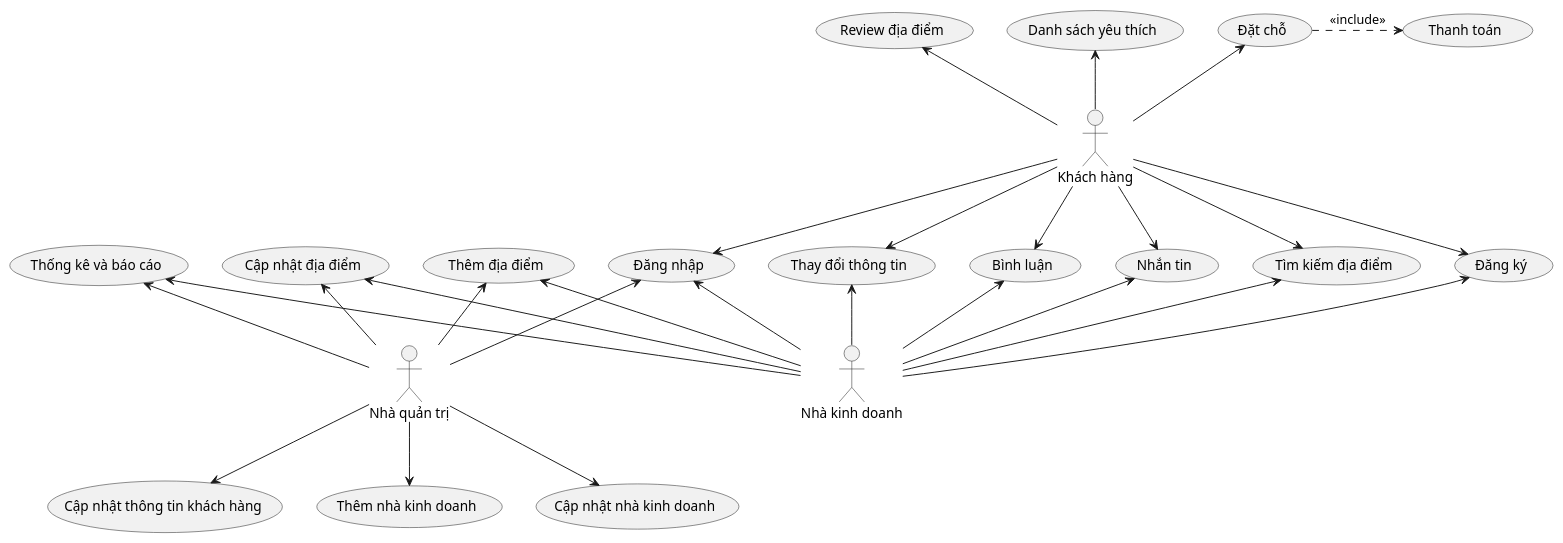
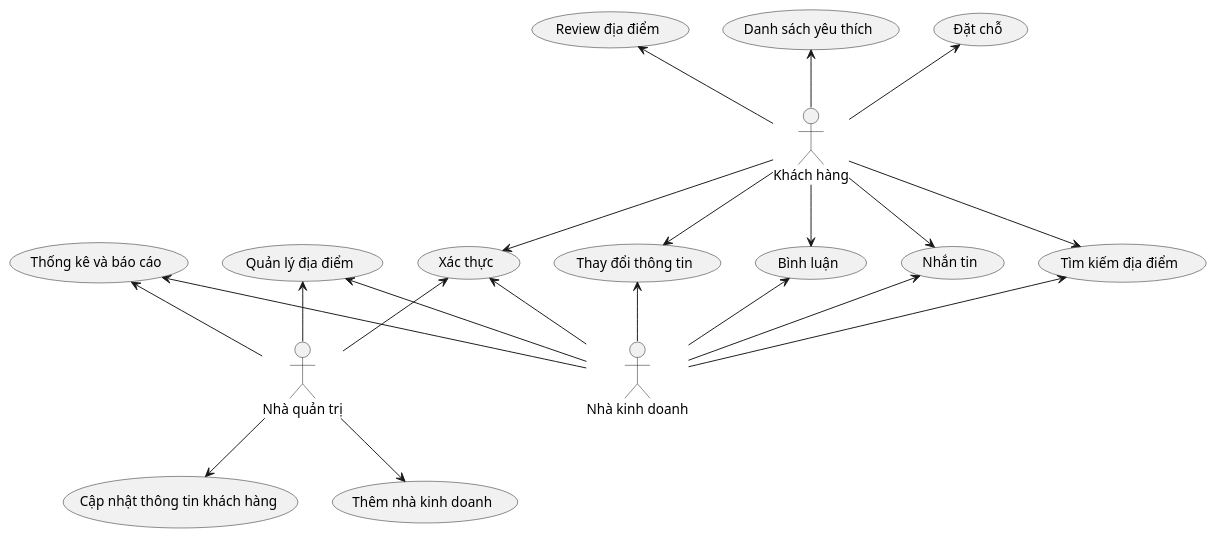
The diagram in system-diagram.plantuml (timothyagile/diagram-by-plantuml), drawn with PlantUML before and after one commit. The commit also changed 14 other files, not shown here.

```diff
--- a/system-diagram.plantuml
+++ b/system-diagram.plantuml
@@ -1,74 +1,58 @@
 @startuml
 
 '--Actor declare section--'
 actor :Khách hàng: as Customer
 actor :Nhà kinh doanh: as Business 
 actor :Nhà quản trị: as Admin
 
 '--Use case declare section--'
     'Genaral usecase'
     'Customer usecase'
         'base usecase'
-        (Đăng nhập) as DN 
-        (Đăng ký) as DK 
-        (Đặt chỗ) as DC
+        (Xác thực) as XT
         (Tìm kiếm địa điểm) as TKDD
         (Danh sách yêu thích) as DSYT
+        (Đặt chỗ) as DC
         (Nhắn tin) as NTin
         (Bình luận) as BLuan
         (Review địa điểm) as RV 
         (Thay đổi thông tin) as TDTT
-        'include usecase'
-        (Thanh toán) as TT
     'Business usecase'
         'base usecase'
-        (Đăng nhập) as DN 
-        (Đăng ký) as DK 
-        (Thêm địa điểm) as TDD
-        (Cập nhật địa điểm) as CNDD
+        (Quản lý địa điểm) as QLDD
         (Thống kê và báo cáo) as TKBC
         (Nhắn tin) as NTin
         (Bình luận) as BLuan
 
     'Admin use case'
         'base usecase'
-        (Đăng nhập) as DN
         (Cập nhật thông tin khách hàng) as CNKH
-        (Thêm địa điểm) as TDD
-        (Cập nhật địa điểm) as CNDD
-        (Thêm nhà kinh doanh) as TNKD
-        (Cập nhật nhà kinh doanh) as CNNKD
+        (Thêm nhà kinh doanh) as QLNKD
         (Thống kê và báo cáo) as TKBC
 
 '--Usecase section'
     '--Customer'
-    Customer -->DN
-    Customer -->DK
+    Customer --> XT
     Customer -->TKDD
     Customer -up->DC
     Customer -up->DSYT
     Customer -->NTin
     Customer -->BLuan
     Customer -up->RV
     Customer -->TDTT
-    DC .right->TT : <<include>>
     '--Business--'
-    Business -up->DN
-    Business -up->DK
-    Business -up->TDD
-    Business -up->CNDD
+    Business -up->XT
+    Business -up->QLDD
     Business -up->TKDD
     Business -up->TKBC
     Business -up->NTin
     Business -up->BLuan
     Business -up->TDTT
 
     '--Admin--'
-    Admin -up->DN
-    Admin -up->TDD
-    Admin -up->CNDD
+    Admin -up-> XT
+    Admin -up->QLDD
     Admin -down-> CNKH
-    Admin -down->TNKD
-    Admin -down->CNNKD
+    Admin -down->QLNKD
     Admin -up->TKBC
 @enduml
```
